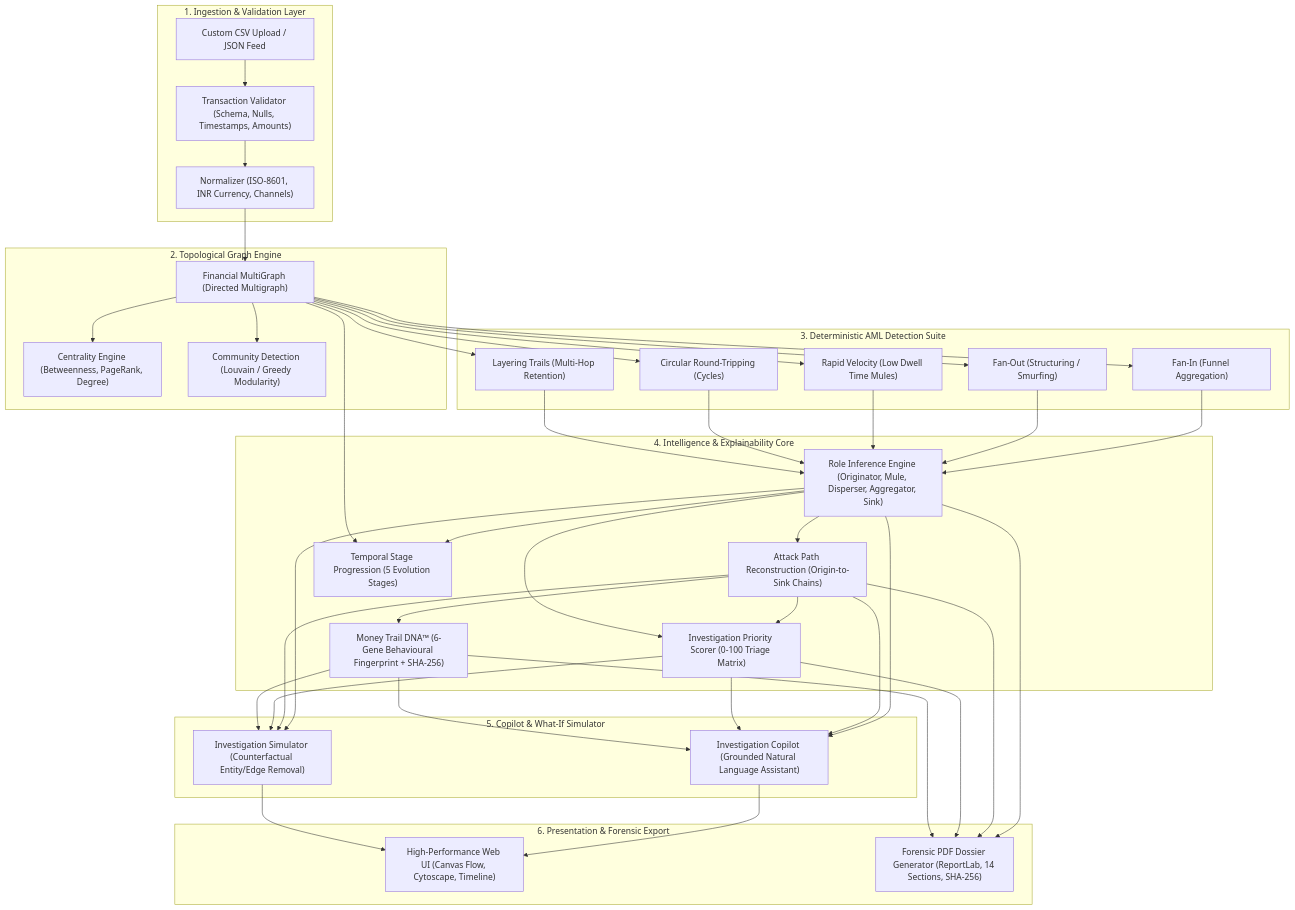
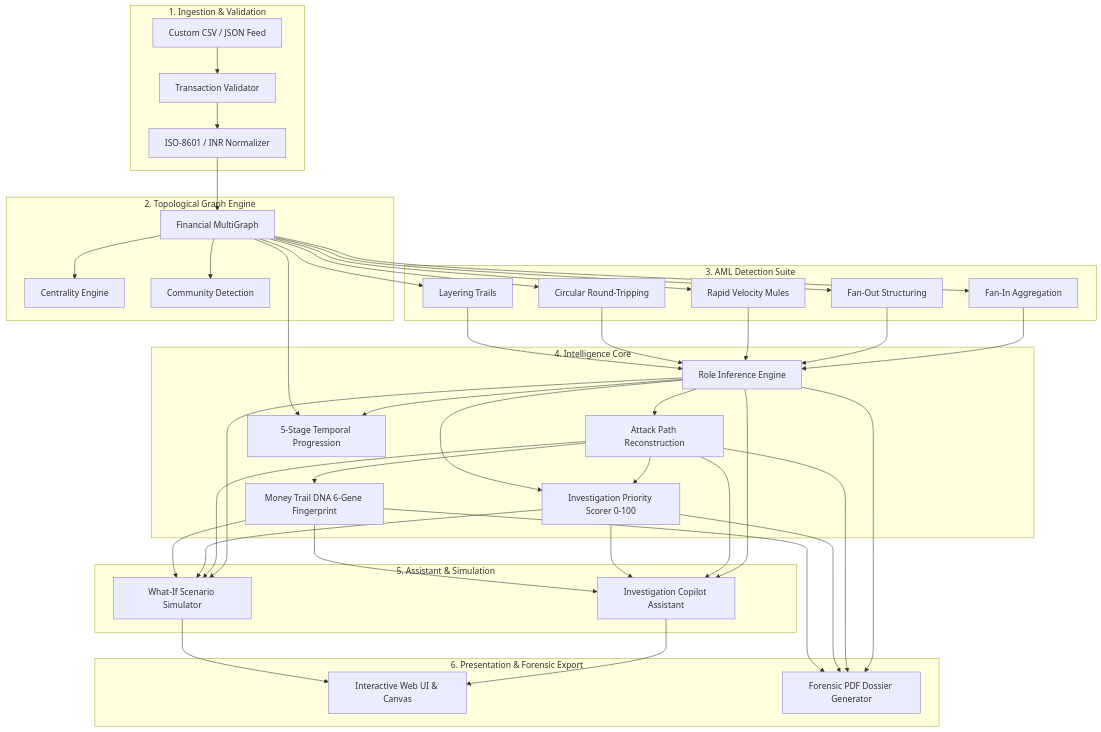
One commit to anguabishek17/Jarvis-AML changed the first of 2 diagrams in README.md. Above: the diagram before and after it, drawn with Mermaid. The commit also changed other lines of this file, not shown here.

Commit message:
fix(docs): optimize Mermaid flowcharts and entity taxonomy diagrams for GitHub rich display rendering

````diff
--- a/README.md
+++ b/README.md
@@ -24,53 +24,39 @@
 ```mermaid
-flowchart TD
-    subgraph INGESTION["1. Ingestion & Validation Layer"]
-        CSV["Custom CSV Upload / JSON Feed"]
-        VAL["Transaction Validator (Schema, Nulls, Timestamps, Amounts)"]
-        NORM["Normalizer (ISO-8601, INR Currency, Channels)"]
-        CSV --> VAL --> NORM
+graph TD
+    subgraph S1["1. Ingestion & Validation"]
+        A["Custom CSV / JSON Feed"] --> B["Transaction Validator"]
+        B --> C["ISO-8601 / INR Normalizer"]
     end
 
-    subgraph GRAPH_LAYER["2. Topological Graph Engine"]
-        FMG["Financial MultiGraph (Directed Multigraph)"]
-        CENT["Centrality Engine (Betweenness, PageRank, Degree)"]
-        COMM["Community Detection (Louvain / Greedy Modularity)"]
-        NORM --> FMG
-        FMG --> CENT
-        FMG --> COMM
+    subgraph S2["2. Topological Graph Engine"]
+        C --> D["Financial MultiGraph"]
+        D --> E["Centrality Engine"]
+        D --> F["Community Detection"]
     end
 
-    subgraph DETECTORS["3. Deterministic AML Detection Suite"]
-        LAY["Layering Trails (Multi-Hop Retention)"]
-        CIRC["Circular Round-Tripping (Cycles)"]
-        RAP["Rapid Velocity (Low Dwell Time Mules)"]
-        FO["Fan-Out (Structuring / Smurfing)"]
-        FI["Fan-In (Funnel Aggregation)"]
-        FMG --> LAY & CIRC & RAP & FO & FI
+    subgraph S3["3. AML Detection Suite"]
+        D --> G["Layering Trails"]
+        D --> H["Circular Round-Tripping"]
+        D --> I["Rapid Velocity Mules"]
+        D --> J["Fan-Out Structuring"]
+        D --> K["Fan-In Aggregation"]
     end
 
-    subgraph ANALYTICS["4. Intelligence & Explainability Core"]
-        ROLES["Role Inference Engine (Originator, Mule, Disperser, Aggregator, Sink)"]
-        PATHS["Attack Path Reconstruction (Origin-to-Sink Chains)"]
-        DNA["Money Trail DNA™ (6-Gene Behavioural Fingerprint + SHA-256)"]
-        PRIO["Investigation Priority Scorer (0-100 Triage Matrix)"]
-        TEMP["Temporal Stage Progression (5 Evolution Stages)"]
-        
-        LAY & CIRC & RAP & FO & FI --> ROLES
-        ROLES --> PATHS --> DNA
-        ROLES & PATHS --> PRIO
-        FMG & ROLES --> TEMP
+    subgraph S4["4. Intelligence Core"]
+        G & H & I & J & K --> L["Role Inference Engine"]
+        L --> M["Attack Path Reconstruction"]
+        M --> N["Money Trail DNA 6-Gene Fingerprint"]
+        L & M --> O["Investigation Priority Scorer 0-100"]
+        D & L --> P["5-Stage Temporal Progression"]
     end
 
-    subgraph ASSISTANT_SIM["5. Copilot & What-If Simulator"]
-        SIM["Investigation Simulator (Counterfactual Entity/Edge Removal)"]
-        COP["Investigation Copilot (Grounded Natural Language Assistant)"]
-        DNA & PRIO & PATHS & ROLES --> SIM & COP
+    subgraph S5["5. Assistant & Simulation"]
+        N & O & M & L --> Q["What-If Scenario Simulator"]
+        N & O & M & L --> R["Investigation Copilot Assistant"]
     end
 
-    subgraph OUTPUT["6. Presentation & Forensic Export"]
-        UI["High-Performance Web UI (Canvas Flow, Cytoscape, Timeline)"]
-        PDF["Forensic PDF Dossier Generator (ReportLab, 14 Sections, SHA-256)"]
-        SIM & COP --> UI
-        DNA & PRIO & PATHS & ROLES --> PDF
+    subgraph S6["6. Presentation & Forensic Export"]
+        Q & R --> S["Interactive Web UI & Canvas"]
+        N & O & M & L --> T["Forensic PDF Dossier Generator"]
     end
 ```
````
